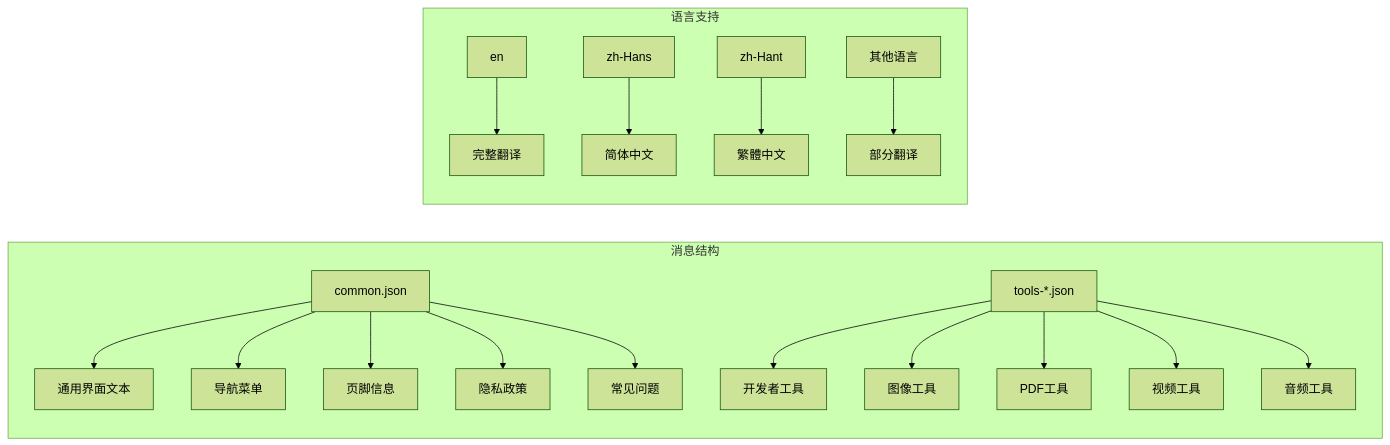
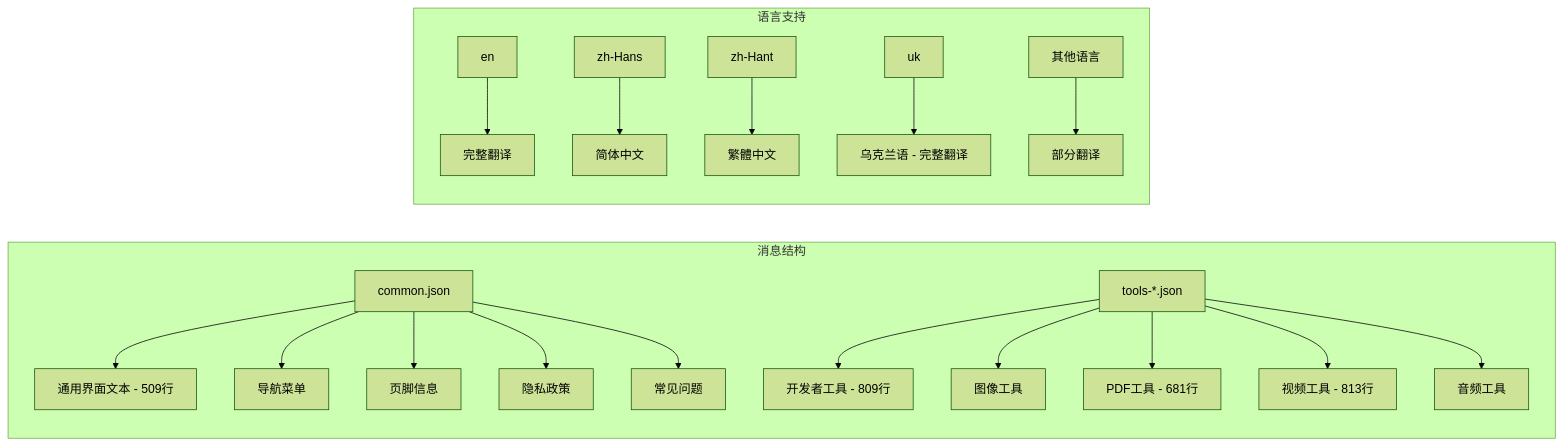
Before and after one commit to sgyy/privadeck: the third of 9 diagrams in .qoder/repowiki/zh/content/技术架构/国际化系统.md, drawn with Mermaid (forest theme). The commit also changed other lines of this file and 2 other files, not shown here.

````diff
--- a/.qoder/repowiki/zh/content/技术架构/国际化系统.md
+++ b/.qoder/repowiki/zh/content/技术架构/国际化系统.md
@@ -155,21 +175,22 @@
 ```mermaid
 graph LR
 subgraph "消息结构"
-A[common.json] --> A1[通用界面文本]
+A[common.json] --> A1[通用界面文本 - 509行]
 A --> A2[导航菜单]
 A --> A3[页脚信息]
 A --> A4[隐私政策]
 A --> A5[常见问题]
-B[tools-*.json] --> B1[开发者工具]
+B[tools-*.json] --> B1[开发者工具 - 809行]
 B --> B2[图像工具]
-B --> B3[PDF工具]
-B --> B4[视频工具]
+B --> B3[PDF工具 - 681行]
+B --> B4[视频工具 - 813行]
 B --> B5[音频工具]
 end
 subgraph "语言支持"
 C[en] --> C1[完整翻译]
 D[zh-Hans] --> D1[简体中文]
 E[zh-Hant] --> E1[繁體中文]
-F[其他语言] --> F1[部分翻译]
+F[uk] --> F1[乌克兰语 - 完整翻译]
+G[其他语言] --> G1[部分翻译]
 end
 ```
````
